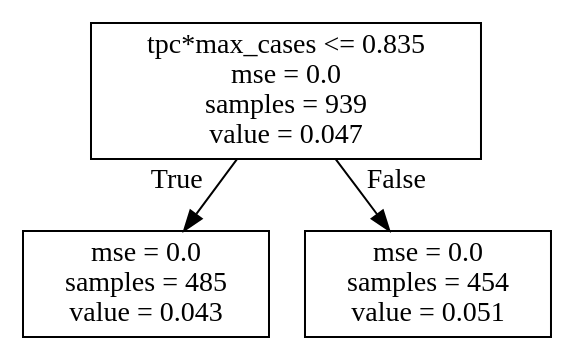
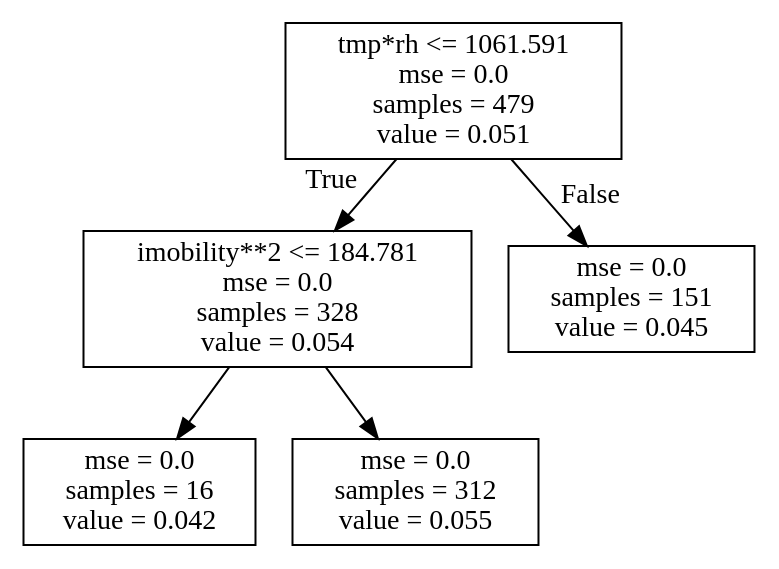
One commit to hopl1t/covid19 changed the diagram in products/decision_tree/decision_tree_GF_Q2_run2.dot. Above: the diagram before and after it, drawn with Graphviz. The commit also changed 42 other files, not shown here.

```diff
--- a/products/decision_tree/decision_tree_GF_Q2_run2.dot
+++ b/products/decision_tree/decision_tree_GF_Q2_run2.dot
@@ -1,8 +1,12 @@
 digraph Tree {
 node [shape=box] ;
-0 [label="tpc*max_cases <= 0.835\nmse = 0.0\nsamples = 939\nvalue = 0.047"] ;
-1 [label="mse = 0.0\nsamples = 485\nvalue = 0.043"] ;
+0 [label="tmp*rh <= 1061.591\nmse = 0.0\nsamples = 479\nvalue = 0.051"] ;
+1 [label="imobility**2 <= 184.781\nmse = 0.0\nsamples = 328\nvalue = 0.054"] ;
 0 -> 1 [labeldistance=2.5, labelangle=45, headlabel="True"] ;
-2 [label="mse = 0.0\nsamples = 454\nvalue = 0.051"] ;
-0 -> 2 [labeldistance=2.5, labelangle=-45, headlabel="False"] ;
+2 [label="mse = 0.0\nsamples = 16\nvalue = 0.042"] ;
+1 -> 2 ;
+3 [label="mse = 0.0\nsamples = 312\nvalue = 0.055"] ;
+1 -> 3 ;
+4 [label="mse = 0.0\nsamples = 151\nvalue = 0.045"] ;
+0 -> 4 [labeldistance=2.5, labelangle=-45, headlabel="False"] ;
 }
```
